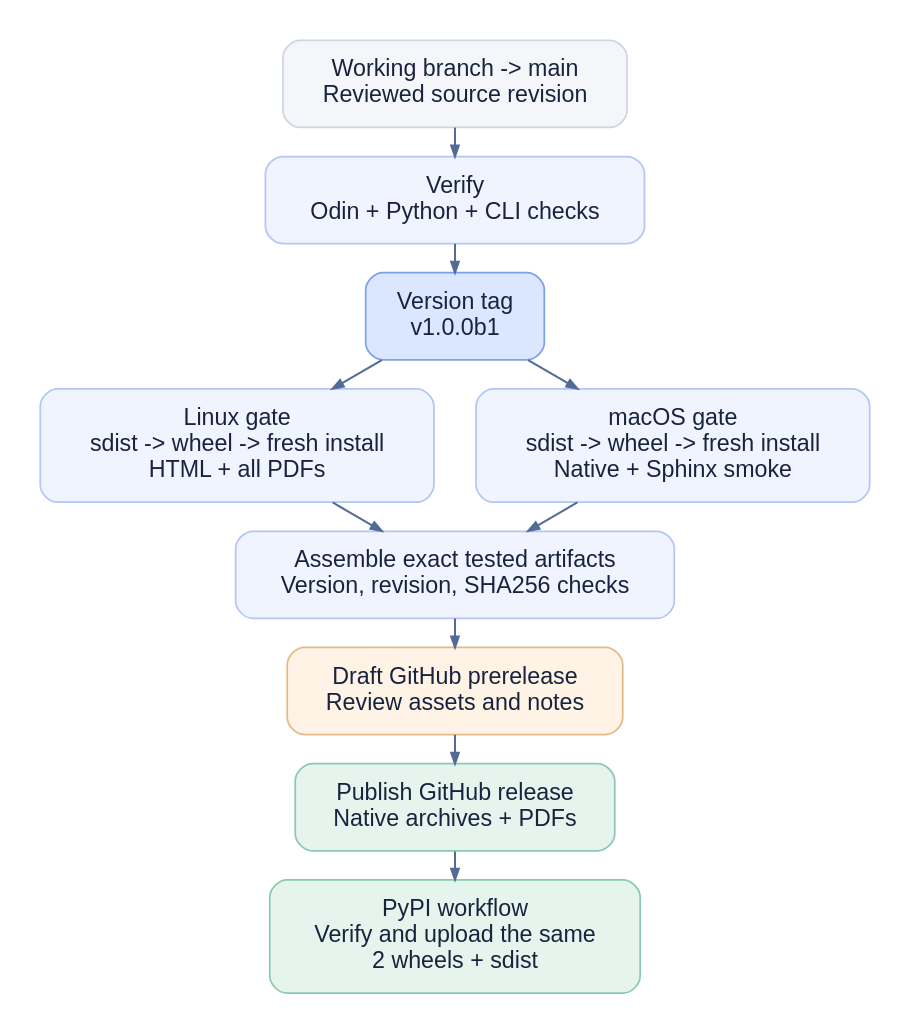
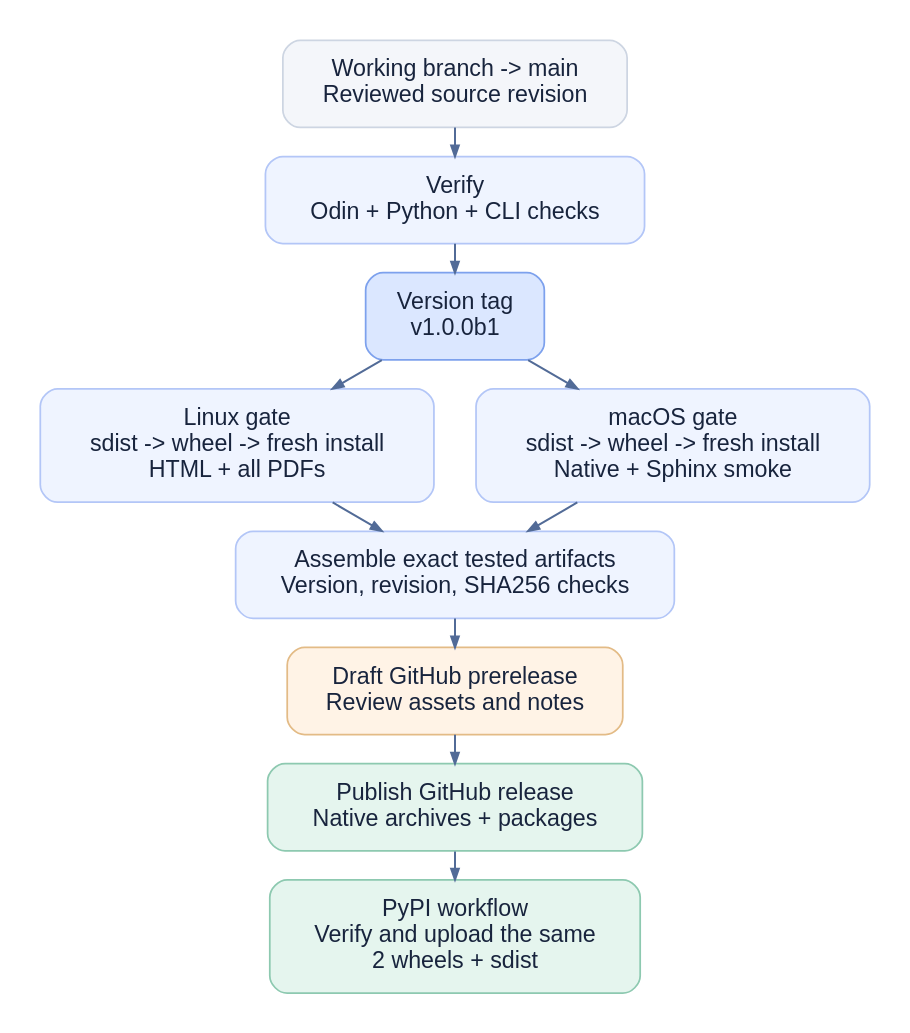
The diagram in docs/book/development/releasing.rst (insanai/docodin), drawn with Graphviz before and after one commit. The commit also changed other lines of this file and 11 other files, not shown here.

Commit message:
Keep documentation PDFs on the website and release software assets only

```diff
--- a/docs/book/development/releasing.rst
+++ b/docs/book/development/releasing.rst
@@ -14,28 +14,28 @@
 .. graphviz::
    :class: adaptive-diagram
    :align: center
    :caption: Publishing a reviewed GitHub draft triggers PyPI; qualified packages are not rebuilt.
    :alt: A verified main revision is tagged, gated on Linux and macOS, assembled with checksums, reviewed as a draft and published; PyPI uploads the same two wheels and source distribution.
 
    digraph release_flow {
    graph [bgcolor="white", pad="0.28", nodesep="0.4", ranksep="0.28", fontname="Helvetica", fontsize=17, fontcolor="#425574", color="#CBD5E1"];
    node [shape=box, style="rounded,filled", fontname="Helvetica", fontsize=16, margin="0.22,0.16", fillcolor="#EFF4FF", color="#B3C6F7", fontcolor="#18243D", penwidth=1.2];
    edge [fontname="Helvetica", fontsize=12, color="#526B97", fontcolor="#425574", arrowsize=0.75, penwidth=1.4];
    rankdir=TB;
    source [label="Working branch -> main\nReviewed source revision", fillcolor="#F4F6FA", color="#CDD5E2"];
    verify [label="Verify\nOdin + Python + CLI checks"];
    tag [label="Version tag\nv1.0.0b1", fillcolor="#DBE7FF", color="#7DA1ED"];
    linux [label="Linux gate\nsdist -> wheel -> fresh install\nHTML + all PDFs"];
    mac [label="macOS gate\nsdist -> wheel -> fresh install\nNative + Sphinx smoke"];
    assemble [label="Assemble exact tested artifacts\nVersion, revision, SHA256 checks"];
    draft [label="Draft GitHub prerelease\nReview assets and notes", fillcolor="#FFF3E6", color="#E3BB86"];
-   published [label="Publish GitHub release\nNative archives + PDFs", fillcolor="#E5F5EE", color="#8DC9B0"];
+   published [label="Publish GitHub release\nNative archives + packages", fillcolor="#E5F5EE", color="#8DC9B0"];
    pypi [label="PyPI workflow\nVerify and upload the same\n2 wheels + sdist", fillcolor="#E5F5EE", color="#8DC9B0"];
    source -> verify -> tag;
    tag -> linux;
    tag -> mac;
    {rank=same; linux; mac;}
    linux -> assemble;
    mac -> assemble;
    assemble -> draft -> published -> pypi;
    }
```
